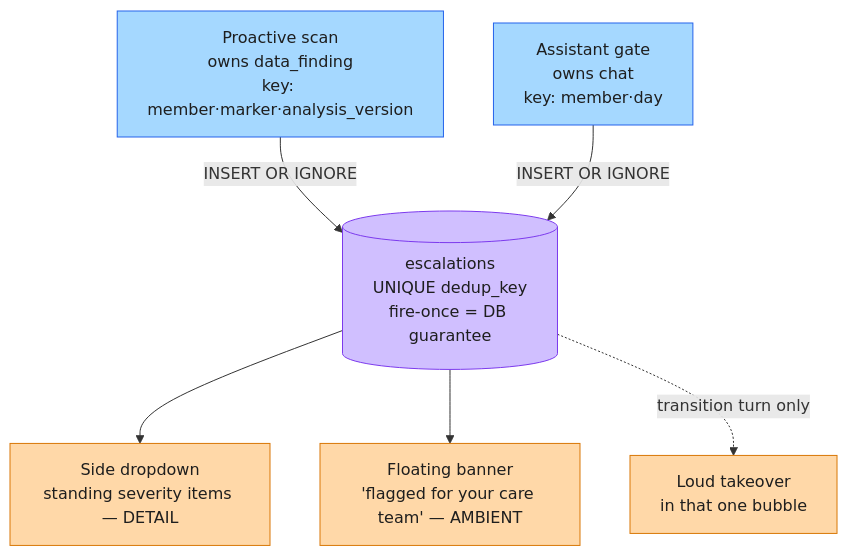
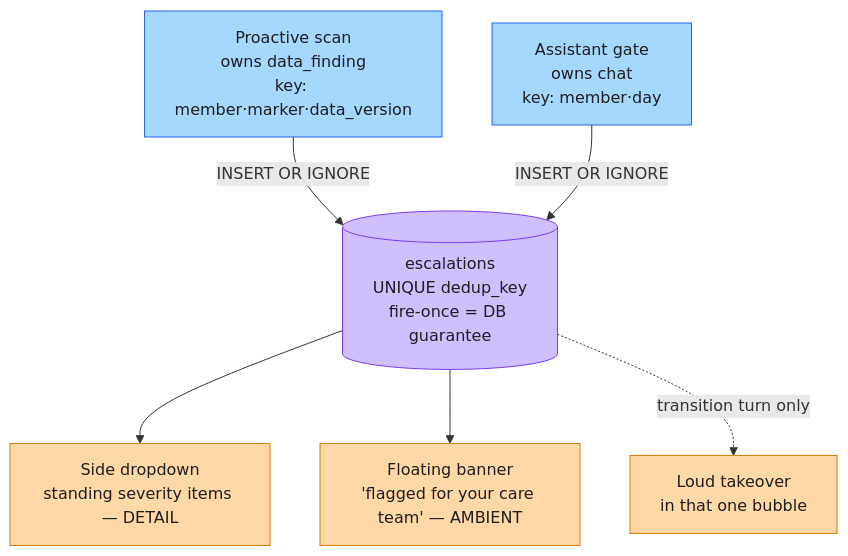
One commit to franalli/health-agent-lab changed the eighth of 11 diagrams in docs/architecture.md. Above: the diagram before and after it, drawn with Mermaid. The commit also changed other lines of this file and 25 other files, not shown here.

````diff
--- a/docs/architecture.md
+++ b/docs/architecture.md
@@ -327,13 +327,13 @@
 ```mermaid
 flowchart TB
-  scan[Proactive scan<br/>owns data_finding<br/>key: member·marker·analysis_version]:::det
+  scan[Proactive scan<br/>owns data_finding<br/>key: member·marker·data_version]:::det
   gate[Assistant gate<br/>owns chat<br/>key: member·day]:::det
   scan -->|INSERT OR IGNORE| Q[(escalations<br/>UNIQUE dedup_key<br/>fire-once = DB guarantee)]:::store
   gate -->|INSERT OR IGNORE| Q
   Q --> panel[Side dropdown<br/>standing severity items — DETAIL]:::ui
   Q --> banner[Floating banner<br/>'flagged for your care team' — AMBIENT]:::ui
   Q -. transition turn only .-> loud[Loud takeover<br/>in that one bubble]:::ui
   classDef det fill:#a5d8ff,stroke:#2563eb,color:#1e1e1e
   classDef store fill:#d0bfff,stroke:#7c3aed,color:#1e1e1e
   classDef ui fill:#ffd8a8,stroke:#d97706,color:#1e1e1e
 ```
````
